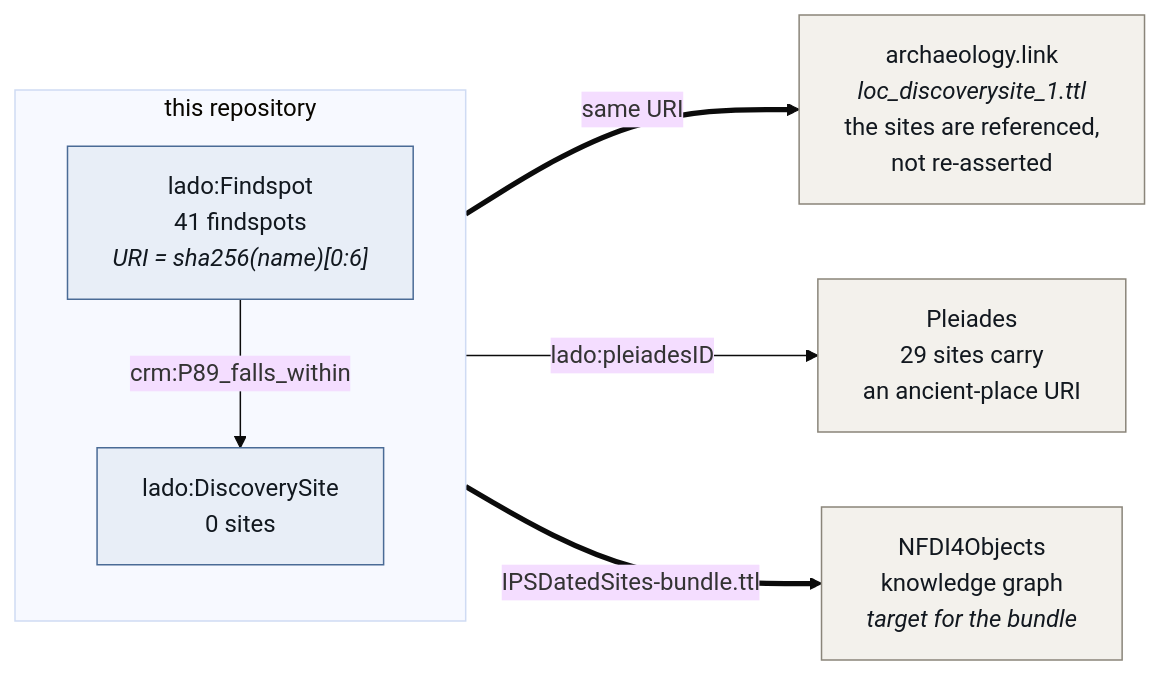
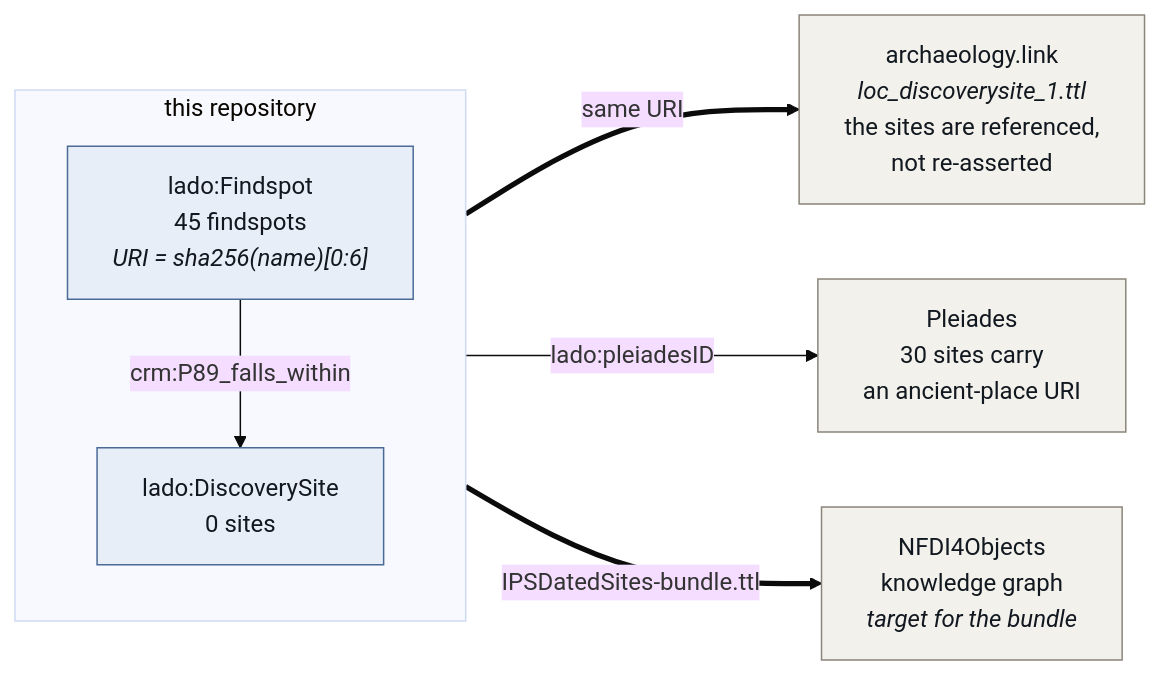
The second of 3 diagrams in docs/crosswalk.md (leiza-rse/IPSDatedSites), drawn with Mermaid (base theme) before and after one commit. The commit also changed 32 other files, not shown here.

````diff
--- a/docs/crosswalk.md
+++ b/docs/crosswalk.md
@@ -133,26 +133,26 @@
 ```mermaid
 flowchart LR
     subgraph ours["this repository"]
         direction TB
-        FS["lado:Findspot<br/>41 findspots<br/><i>URI = sha256(name)[0:6]</i>"]
+        FS["lado:Findspot<br/>45 findspots<br/><i>URI = sha256(name)[0:6]</i>"]
         DSITE["lado:DiscoverySite<br/>0 sites"]
         FS -->|crm:P89_falls_within| DSITE
     end
 
     AL["archaeology.link<br/><i>loc_discoverysite_1.ttl</i><br/>the sites are referenced,<br/>not re-asserted"]
-    PL["Pleiades<br/>29 sites carry<br/>an ancient-place URI"]
+    PL["Pleiades<br/>30 sites carry<br/>an ancient-place URI"]
     N4O["NFDI4Objects<br/>knowledge graph<br/><i>target for the bundle</i>"]
 
     DSITE ==>|same URI| AL
     DSITE -->|lado:pleiadesID| PL
     ours ==>|IPSDatedSites-bundle.ttl| N4O
 
     class FS,DSITE local
     class AL,PL,N4O ext
 
     classDef local fill:#e8eef7,stroke:#4a6b96,stroke-width:1px,color:#12181f
     classDef crm fill:#efe7f5,stroke:#7a5a96,stroke-width:1px,color:#12181f
     classDef time fill:#e3f2ec,stroke:#3f8a70,stroke-width:1px,color:#12181f
     classDef ext fill:#f3f1ec,stroke:#8a857a,stroke-width:1px,color:#12181f
     classDef io fill:#faf3e3,stroke:#a8872e,stroke-width:1px,color:#12181f
 ```
````
